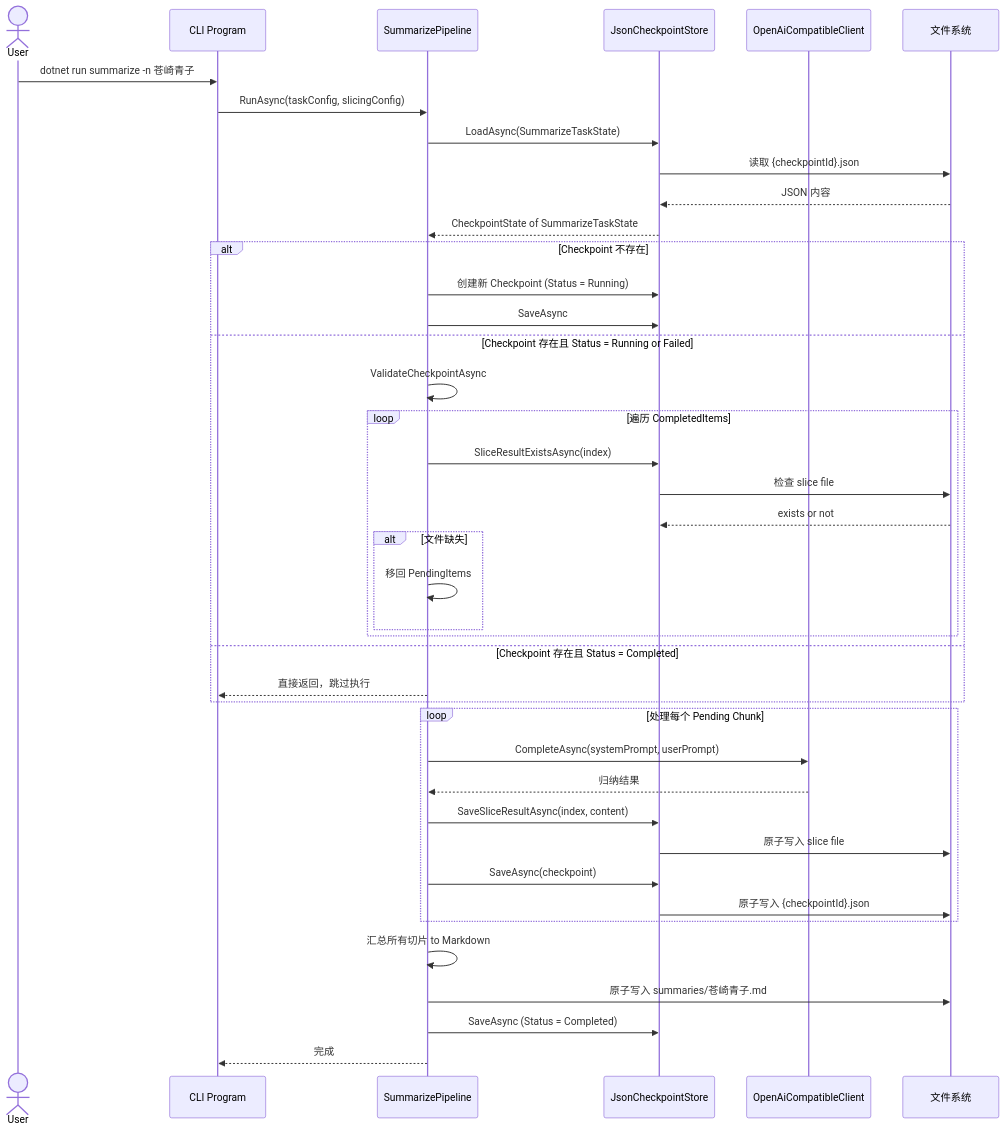
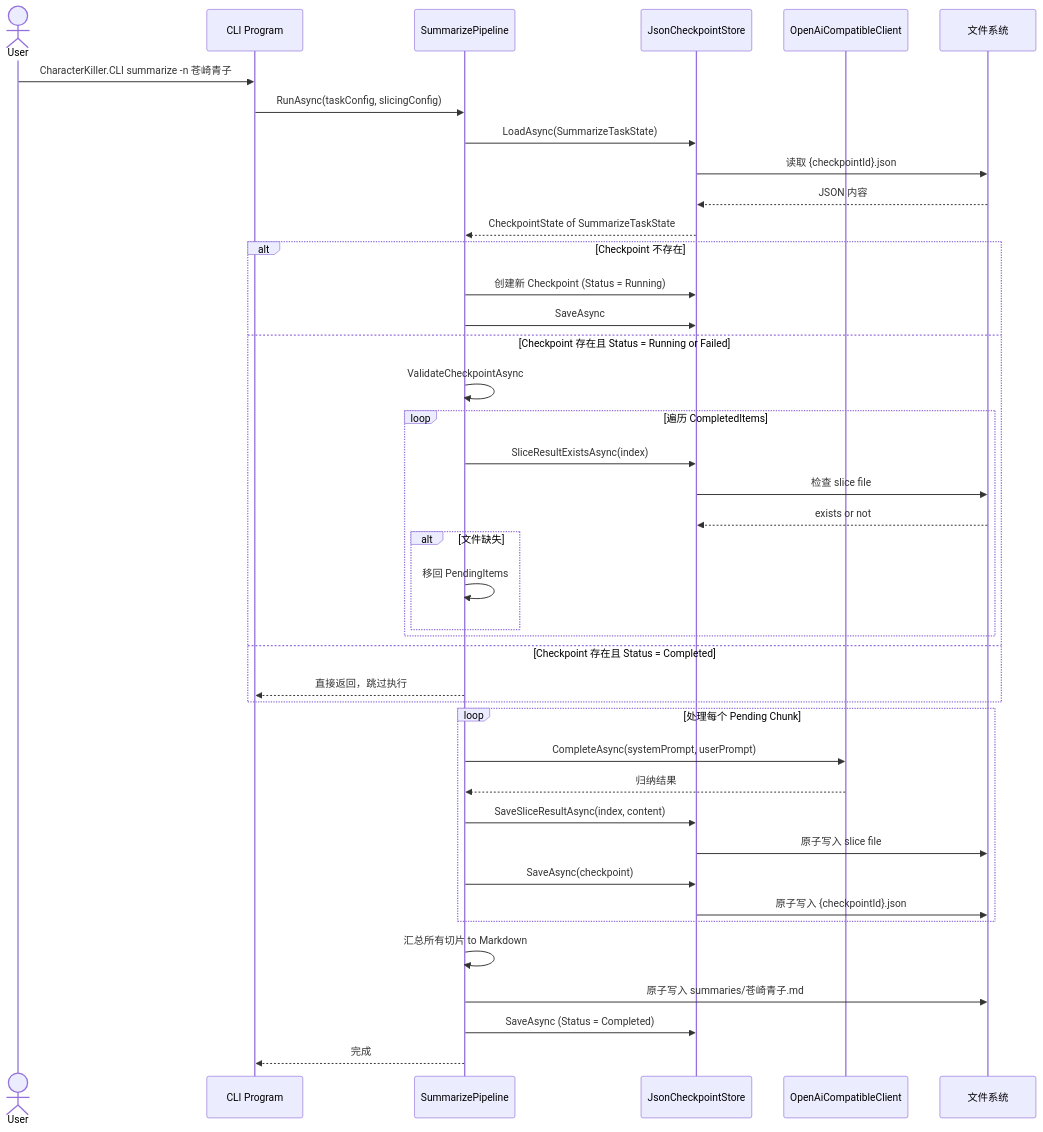
The tenth of 11 diagrams in ARCHITECTURE.md (sedna-works/CharacterKiller), drawn with Mermaid before and after one commit. The commit also changed other lines of this file, not shown here.

Commit message:
docsL 更新架构图

````diff
--- a/ARCHITECTURE.md
+++ b/ARCHITECTURE.md
@@ -506,48 +536,48 @@
 ```mermaid
 sequenceDiagram
     actor User
     participant Program as CLI Program
     participant Pipeline as SummarizePipeline
     participant Store as JsonCheckpointStore
     participant LLM as OpenAiCompatibleClient
     participant Disk as 文件系统
 
-    User->>Program: dotnet run summarize -n 苍崎青子
+    User->>Program: CharacterKiller.CLI summarize -n 苍崎青子
     Program->>Pipeline: RunAsync(taskConfig, slicingConfig)
 
     Pipeline->>Store: LoadAsync(SummarizeTaskState)
     Store->>Disk: 读取 {checkpointId}.json
     Disk-->>Store: JSON 内容
     Store-->>Pipeline: CheckpointState of SummarizeTaskState
 
     alt Checkpoint 不存在
         Pipeline->>Store: 创建新 Checkpoint (Status = Running)
         Pipeline->>Store: SaveAsync
     else Checkpoint 存在且 Status = Running or Failed
         Pipeline->>Pipeline: ValidateCheckpointAsync
         loop 遍历 CompletedItems
             Pipeline->>Store: SliceResultExistsAsync(index)
             Store->>Disk: 检查 slice file
             Disk-->>Store: exists or not
             alt 文件缺失
                 Pipeline->>Pipeline: 移回 PendingItems
             end
         end
     else Checkpoint 存在且 Status = Completed
         Pipeline-->>Program: 直接返回，跳过执行
     end
 
     loop 处理每个 Pending Chunk
         Pipeline->>LLM: CompleteAsync(systemPrompt, userPrompt)
         LLM-->>Pipeline: 归纳结果
         Pipeline->>Store: SaveSliceResultAsync(index, content)
         Store->>Disk: 原子写入 slice file
         Pipeline->>Store: SaveAsync(checkpoint)
         Store->>Disk: 原子写入 {checkpointId}.json
     end
 
     Pipeline->>Pipeline: 汇总所有切片 to Markdown
     Pipeline->>Disk: 原子写入 summaries/苍崎青子.md
     Pipeline->>Store: SaveAsync (Status = Completed)
     Pipeline-->>Program: 完成
 ```
````
